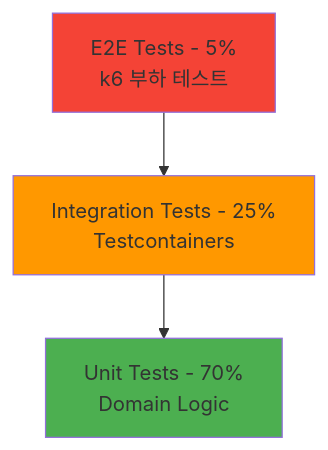
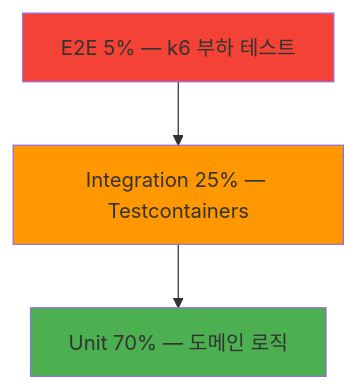
The fifth of 6 diagrams in README.md (SeoBYP/server-setup-java), drawn with Mermaid before and after one commit. The commit also changed other lines of this file and 2 other files, not shown here.

First line of the commit message:
README를 부하 테스트 측정 기반으로 재작성 + Swagger 화면/측정 원본 첨부

````diff
--- a/README.md
+++ b/README.md
@@ -801,9 +469,8 @@
 ```mermaid
 graph TB
-    A[E2E Tests - 5%<br/>k6 부하 테스트] --> B[Integration Tests - 25%<br/>Testcontainers]
-    B --> C[Unit Tests - 70%<br/>Domain Logic]
-    
+    A["E2E 5% — k6 부하 테스트"] --> B["Integration 25% — Testcontainers"]
+    B --> C["Unit 70% — 도메인 로직"]
     style A fill:#f44336
     style B fill:#ff9800
     style C fill:#4caf50
 ```
````
